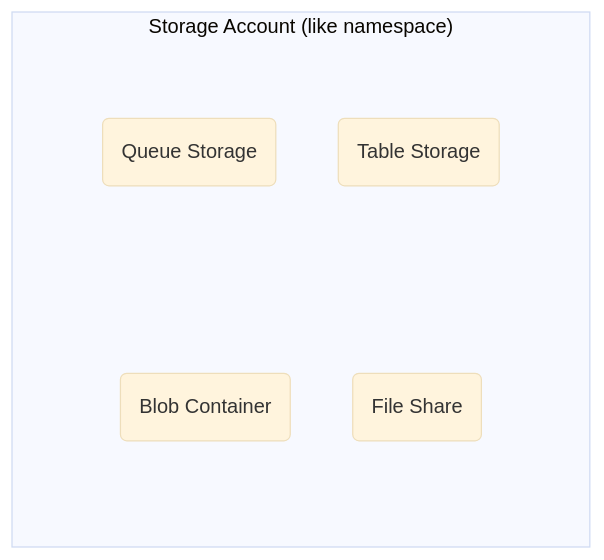
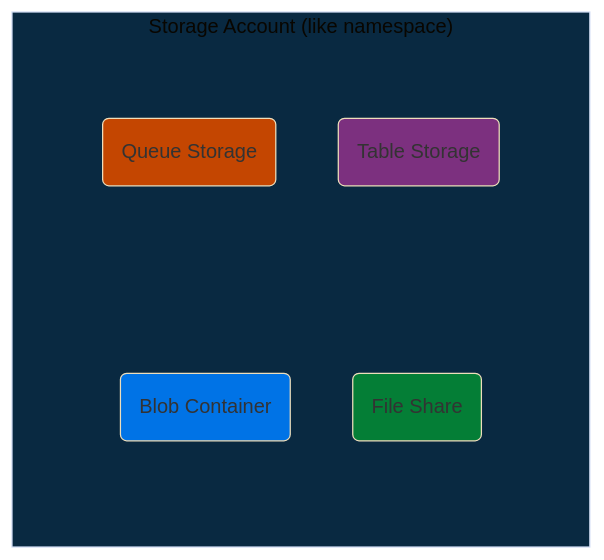
Before and after one commit to kodebot/notes2: the first of 3 diagrams in Azure/Basics/07-azure-storage-services.md, drawn with Mermaid (base theme). The commit also changed 1 other file, not shown here.

Commit message:
auto commit

````diff
--- a/Azure/Basics/07-azure-storage-services.md
+++ b/Azure/Basics/07-azure-storage-services.md
@@ -11,15 +11,26 @@
 ```mermaid
 flowchart TB
 subgraph SA["Storage Account (like namespace)"]
     subgraph row1[" "]
         BC("Blob Container")
         FS("File Share")
     end
     subgraph row2[" "]
         QS("Queue Storage")
         TS("Table Storage")
     end
 end
 classDef transparent stroke-width:0,fill:transparent
+classDef blue fill:#0073e6
+classDef orange fill:#c44601
+classDef green fill:#047e36
+classDef purple fill:#7c307f
+classDef bg fill:#092941
+class SA bg
+
 class row1,row2 transparent
+class BC blue
+class FS green
+class QS orange
+class TS purple
 ```
````
